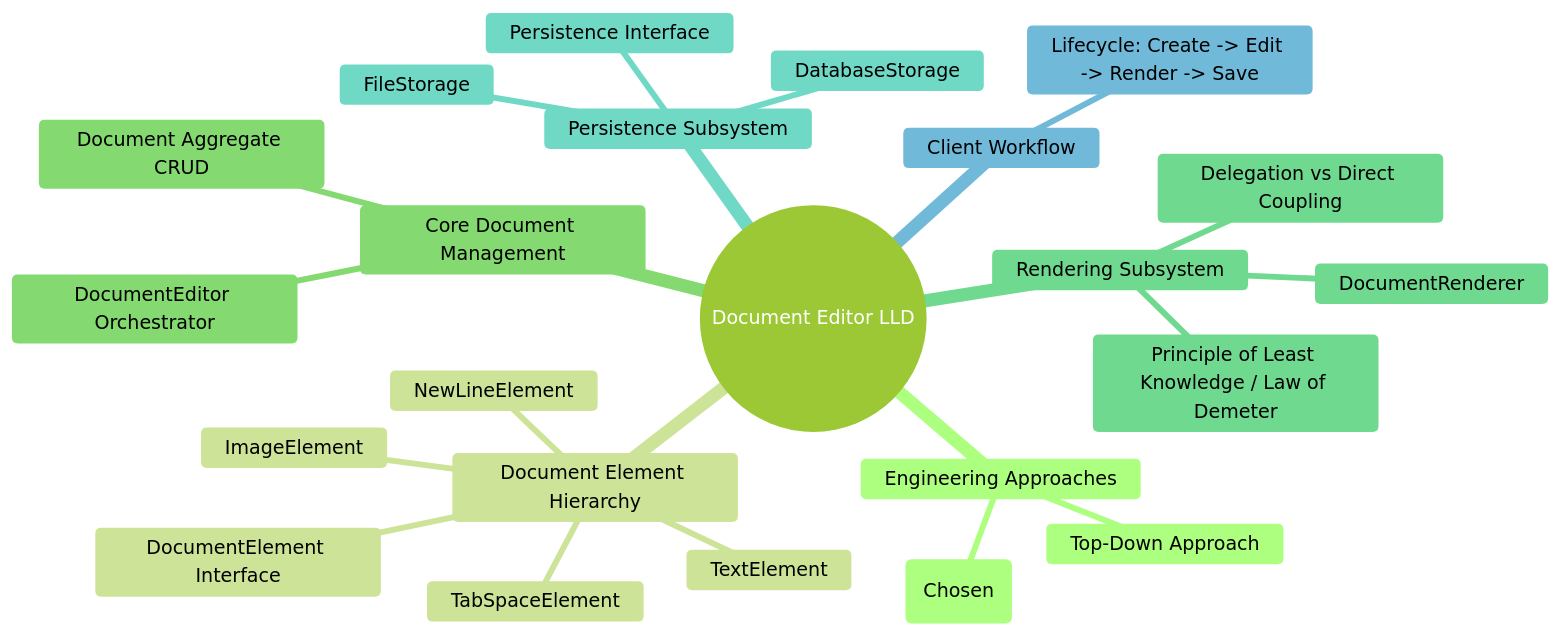
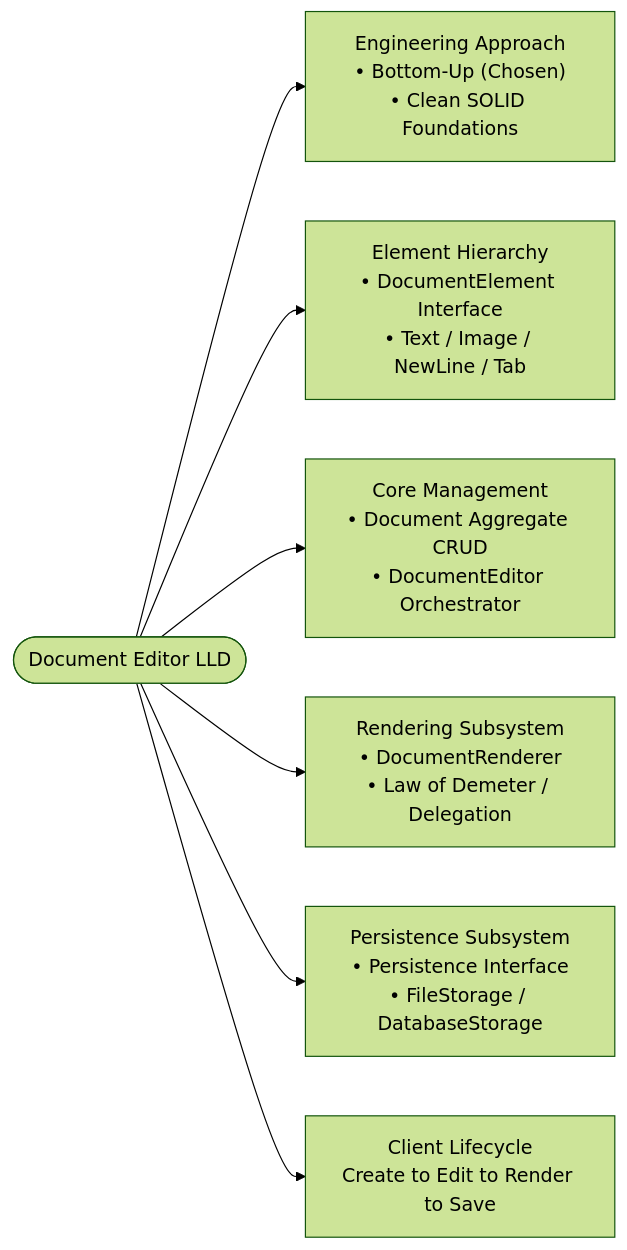
Before and after one commit to rohithgowda18/Notes: the first of 3 diagrams in 04-OOPs-and-Design-Patterns/04-LLD-Case-Studies/07-Build-Google-Docs-Document-Editor-LLD.md, drawn with Mermaid (forest theme). The commit also changed 15 other files, not shown here.

Commit message:
docs: audit Mermaid diagrams, optimize side-by-side layouts, and deduplicate DBMS advanced notes

````diff
--- a/04-OOPs-and-Design-Patterns/04-LLD-Case-Studies/07-Build-Google-Docs-Document-Editor-LLD.md
+++ b/04-OOPs-and-Design-Patterns/04-LLD-Case-Studies/07-Build-Google-Docs-Document-Editor-LLD.md
@@ -15,26 +15,11 @@
 ```mermaid
-mindmap
-  root((Document Editor LLD))
-    Engineering Approaches
-      Top-Down Approach
-      Bottom-Up Approach (Chosen)
-    Document Element Hierarchy
-      DocumentElement Interface
-      TextElement
-      ImageElement
-      NewLineElement
-      TabSpaceElement
-    Core Document Management
-      Document Aggregate CRUD
-      DocumentEditor Orchestrator
-    Rendering Subsystem
-      DocumentRenderer
-      Principle of Least Knowledge / Law of Demeter
-      Delegation vs Direct Coupling
-    Persistence Subsystem
-      Persistence Interface
-      FileStorage
-      DatabaseStorage
-    Client Workflow
-      Lifecycle: Create -> Edit -> Render -> Save
+flowchart LR
+    Root(["Document Editor LLD"])
+
+    Root --> Approaches["Engineering Approach<br/>• Bottom-Up (Chosen)<br/>• Clean SOLID Foundations"]
+    Root --> Elements["Element Hierarchy<br/>• DocumentElement Interface<br/>• Text / Image / NewLine / Tab"]
+    Root --> Core["Core Management<br/>• Document Aggregate CRUD<br/>• DocumentEditor Orchestrator"]
+    Root --> Render["Rendering Subsystem<br/>• DocumentRenderer<br/>• Law of Demeter / Delegation"]
+    Root --> Persist["Persistence Subsystem<br/>• Persistence Interface<br/>• FileStorage / DatabaseStorage"]
+    Root --> Flow["Client Lifecycle<br/>Create to Edit to Render to Save"]
 ```
````
